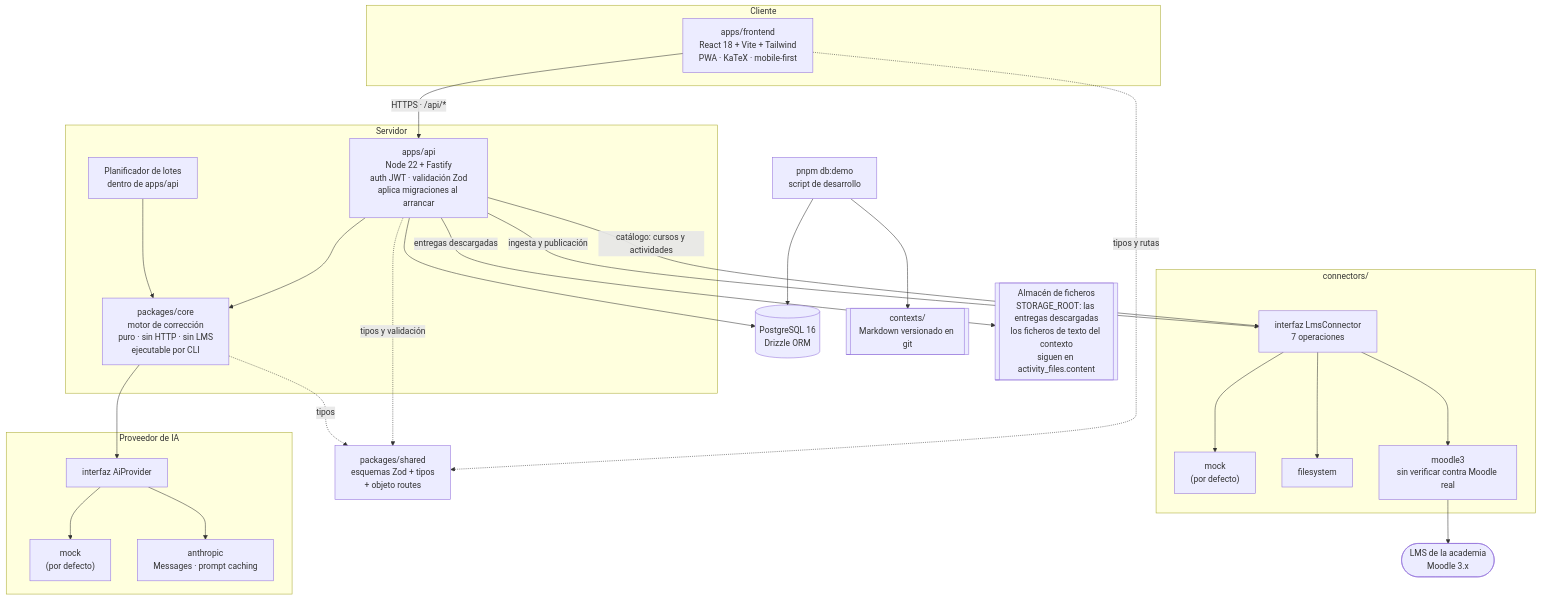
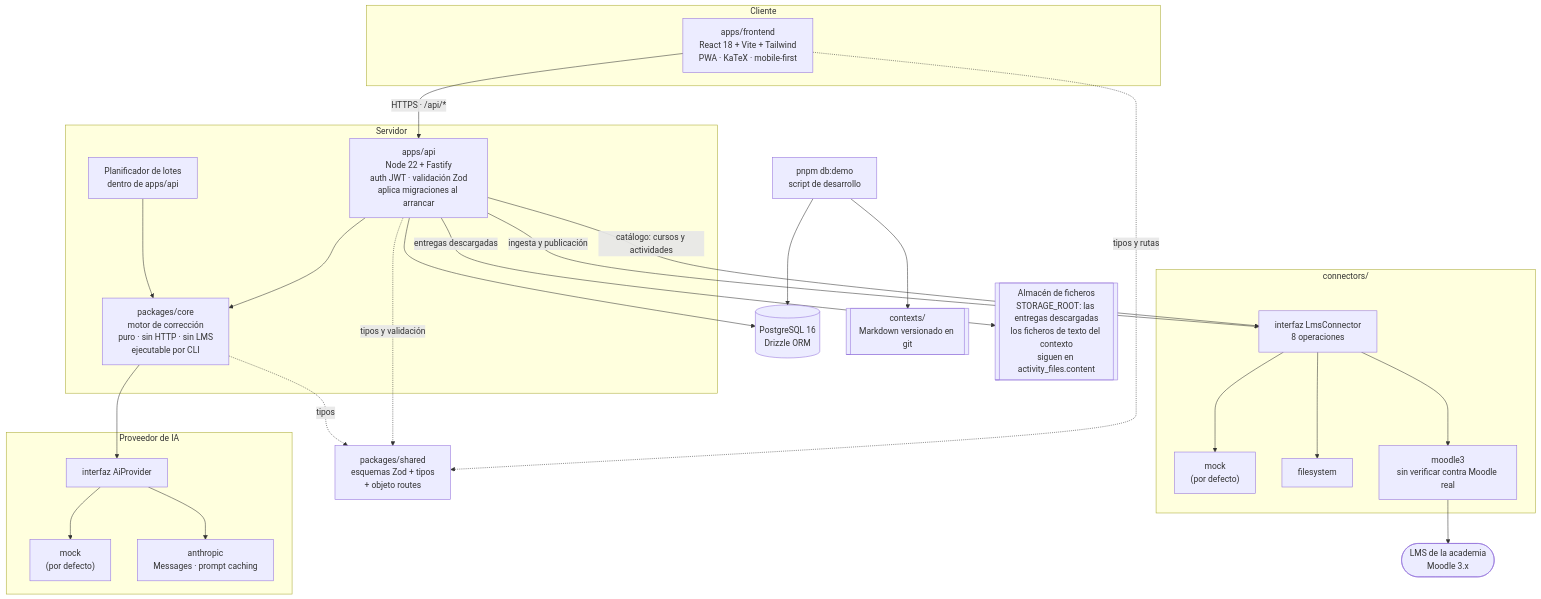
The first of 4 diagrams in docs/arquitectura.md (jamataran/vega), drawn with Mermaid before and after one commit. The commit also changed other lines of this file and 18 other files, not shown here.

````diff
--- a/docs/arquitectura.md
+++ b/docs/arquitectura.md
@@ -28,54 +28,54 @@
 ```mermaid
 graph TB
   subgraph cliente["Cliente"]
     PWA["apps/frontend<br/>React 18 + Vite + Tailwind<br/>PWA · KaTeX · mobile-first"]
   end
 
   subgraph servidor["Servidor"]
     API["apps/api<br/>Node 22 + Fastify<br/>auth JWT · validación Zod<br/>aplica migraciones al arrancar"]
     CORE["packages/core<br/>motor de corrección<br/>puro · sin HTTP · sin LMS<br/>ejecutable por CLI"]
     SCHED["Planificador de lotes<br/>dentro de apps/api"]
   end
 
   SHARED["packages/shared<br/>esquemas Zod + tipos<br/>+ objeto routes"]
 
   subgraph conectores["connectors/"]
-    LMSIF["interfaz LmsConnector<br/>7 operaciones"]
+    LMSIF["interfaz LmsConnector<br/>8 operaciones"]
     MOCK["mock<br/>(por defecto)"]
     FS["filesystem"]
     M3["moodle3<br/>sin verificar contra Moodle real"]
   end
 
   subgraph ia["Proveedor de IA"]
     AIIF["interfaz AiProvider"]
     AIMOCK["mock<br/>(por defecto)"]
     ANTH["anthropic<br/>Messages · prompt caching"]
   end
 
   DB[("PostgreSQL 16<br/>Drizzle ORM")]
   SEED["pnpm db:demo<br/>script de desarrollo"]
   CTX[["contexts/<br/>Markdown versionado en git"]]
   FILES[["Almacén de ficheros<br/>STORAGE_ROOT: las entregas descargadas<br/>los ficheros de texto del contexto<br/>siguen en activity_files.content"]]
   LMS(["LMS de la academia<br/>Moodle 3.x"])
 
   PWA -->|"HTTPS · /api/*"| API
   PWA -.->|tipos y rutas| SHARED
   API -.->|tipos y validación| SHARED
   CORE -.->|tipos| SHARED
 
   API --> DB
   API --> CORE
   SCHED --> CORE
   API -->|"entregas descargadas"| FILES
   SEED --> CTX
   SEED --> DB
   CORE --> AIIF
   AIIF --> AIMOCK
   AIIF --> ANTH
   API -->|"catálogo: cursos y actividades"| LMSIF
   API -->|"ingesta y publicación"| LMSIF
   LMSIF --> MOCK
   LMSIF --> FS
   LMSIF --> M3
   M3 --> LMS
 ```
````
